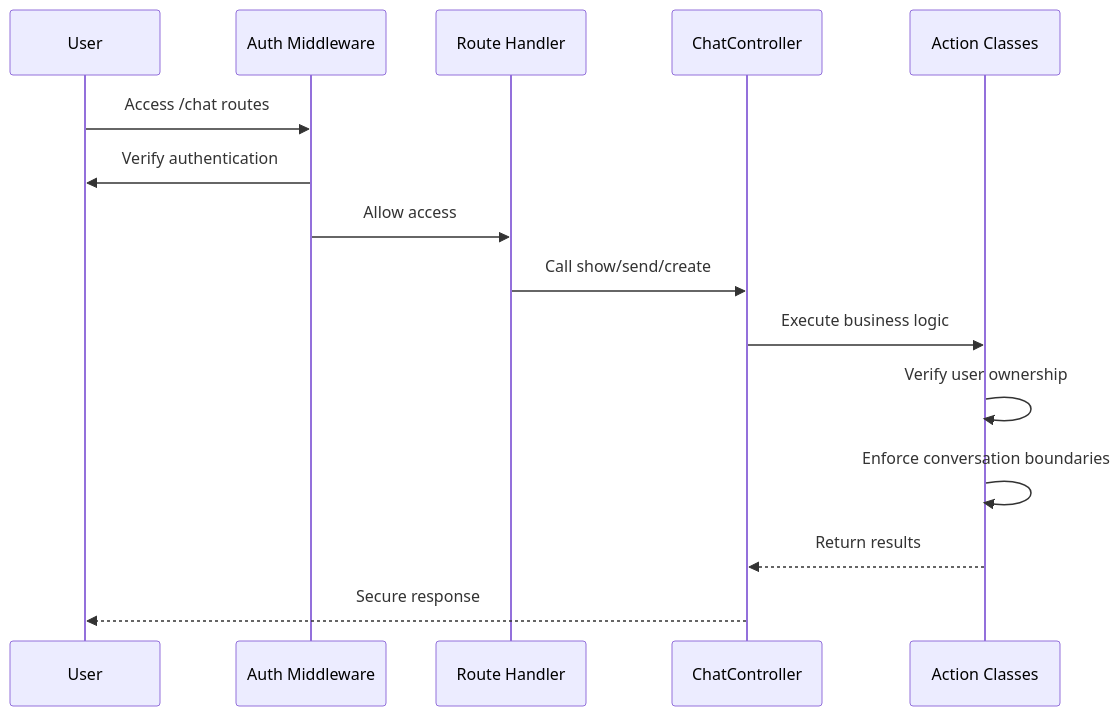
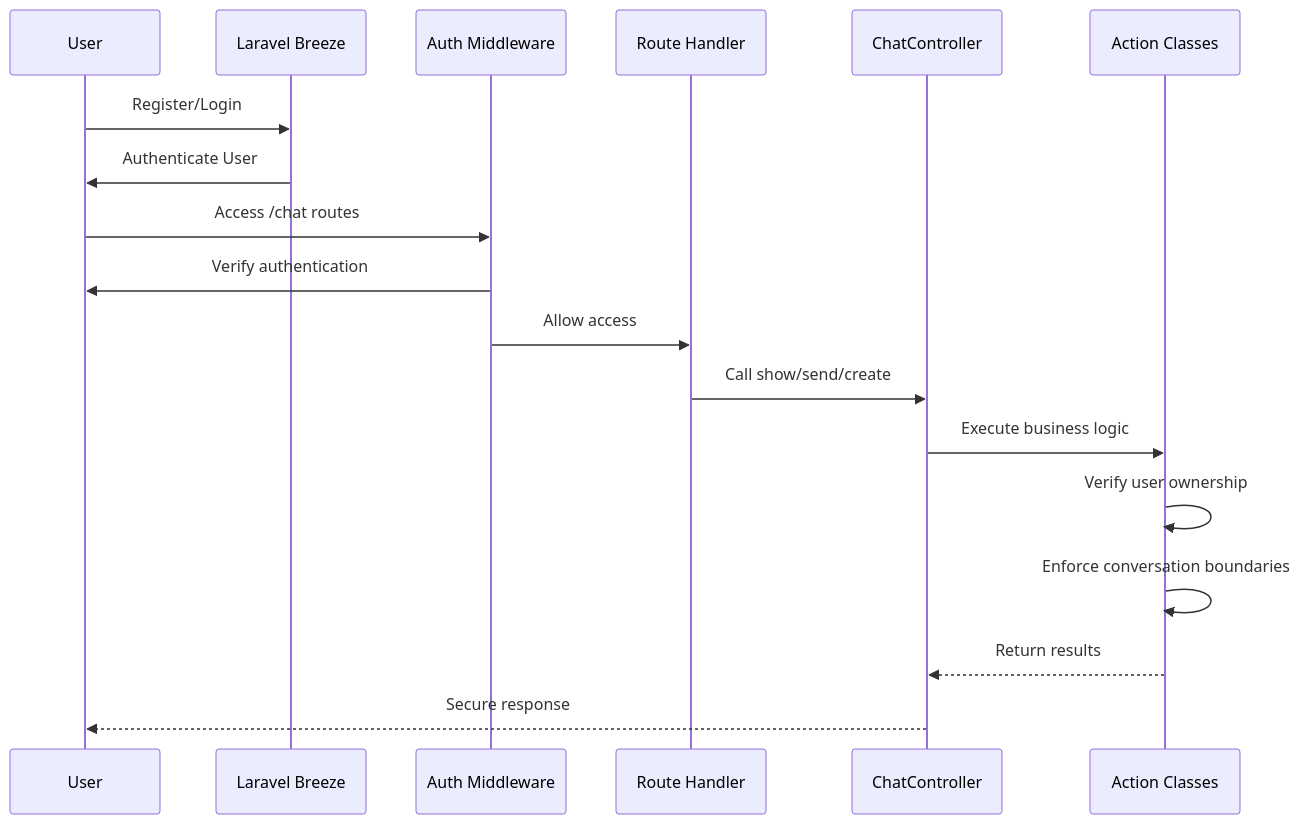
Before and after one commit to siimliimand/laravel-assistant: the third of 8 diagrams in .qoder/repowiki/en/content/Frontend Development/Chat Interface System.md, drawn with Mermaid. The commit also changed other lines of this file and 6 other files, not shown here.

First line of the commit message:
feat(database): add project management schema with ownership and status tracking

````diff
--- a/.qoder/repowiki/en/content/Frontend Development/Chat Interface System.md
+++ b/.qoder/repowiki/en/content/Frontend Development/Chat Interface System.md
@@ -177,17 +180,20 @@
 ```mermaid
 sequenceDiagram
 participant User as User
+participant Breeze as Laravel Breeze
 participant Auth as Auth Middleware
 participant Route as Route Handler
 participant Controller as ChatController
 participant Action as Action Classes
+User->>Breeze : Register/Login
+Breeze->>User : Authenticate User
 User->>Auth : Access /chat routes
 Auth->>User : Verify authentication
 Auth->>Route : Allow access
 Route->>Controller : Call show/send/create
 Controller->>Action : Execute business logic
 Action->>Action : Verify user ownership
 Action->>Action : Enforce conversation boundaries
 Action-->>Controller : Return results
 Controller-->>User : Secure response
 ```
````
